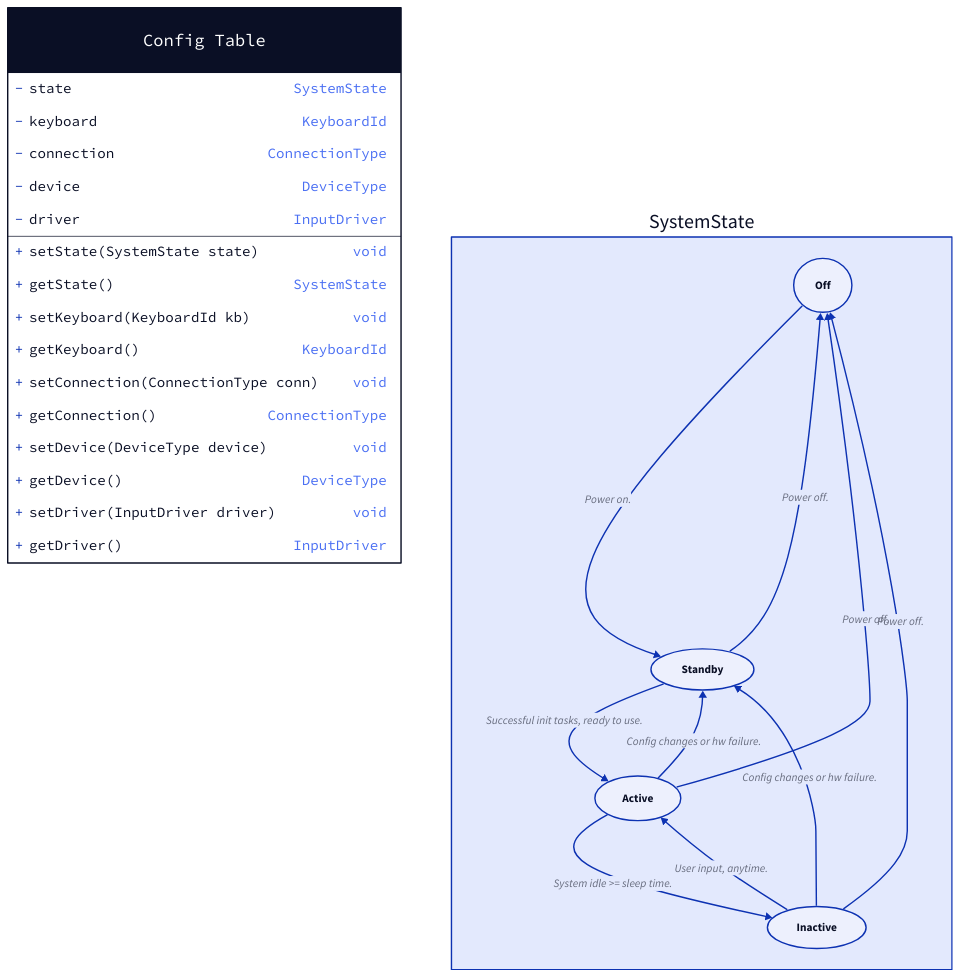
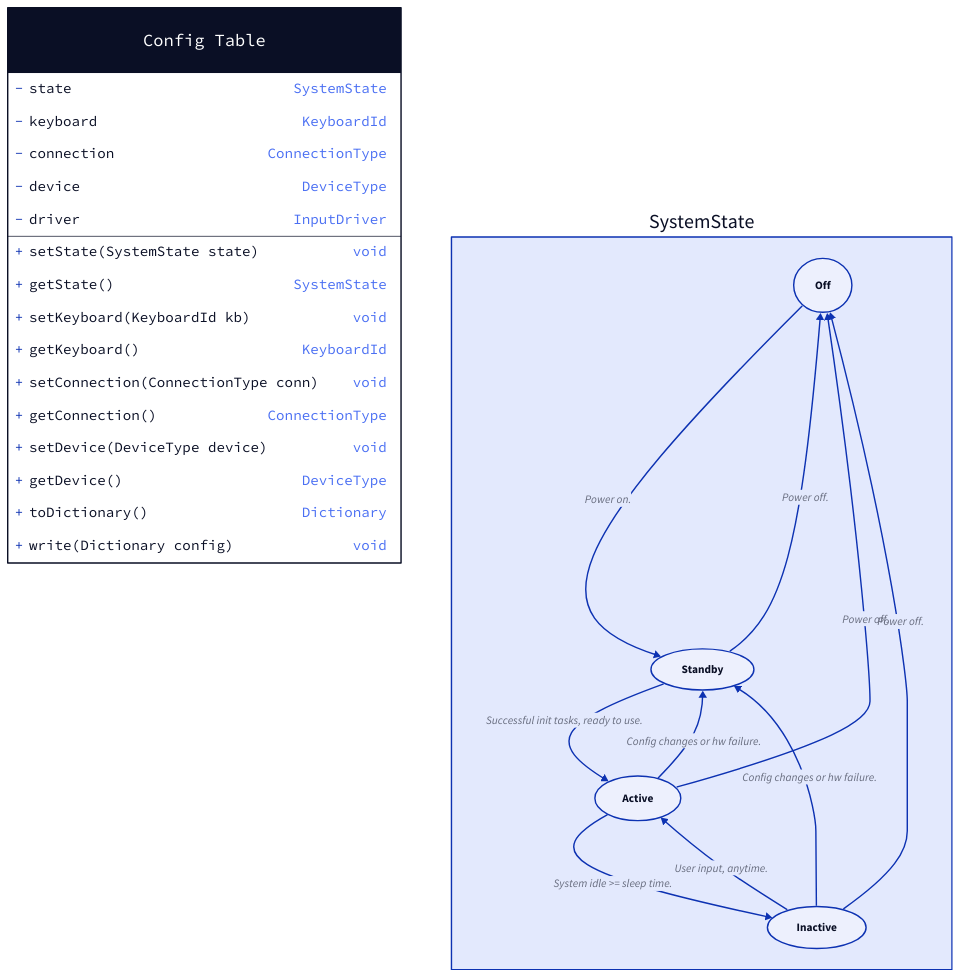
Before and after one commit to HelloWorldSeniorProject/AirKeys: the diagram in documentation/design/source/config_table.d2, drawn with D2. The commit also changed 19 other files, not shown here.

```diff
--- a/documentation/design/source/config_table.d2
+++ b/documentation/design/source/config_table.d2
@@ -1,49 +1,48 @@
 Config Table : {
     shape: class
 
     - state : "SystemState"
     - keyboard : "KeyboardId"
     - connection : "ConnectionType"
     - device : "DeviceType"
     - driver: "InputDriver"
 
     setState(SystemState state)
     getState() : "SystemState"
 
     setKeyboard(KeyboardId kb)
     getKeyboard() : "KeyboardId"
 
     setConnection(ConnectionType conn)
     getConnection() : "ConnectionType"
 
     setDevice(DeviceType device)
     getDevice() : "DeviceType"
 
-    setDriver(InputDriver driver)
-    getDriver() : "InputDriver"
-
+    toDictionary() : Dictionary
+    write(Dictionary config)
 }
 
 SystemState : {
 
     # State defs w/ shapes
     Off.shape : oval
     Standby.shape : oval
     Inactive.shape : oval
     Active.shape : oval
 
     Off -> Standby : Power on.
 
     Standby -> Off : Power off.
     Standby -> Active : Successful init tasks, ready to use.
 
 
     Inactive -> Off : Power off.
     Inactive -> Standby : Config changes or hw failure.
     Inactive -> Active : User input, anytime.
     
     Active -> Off : Power off.
     Active -> Standby : Config changes or hw failure.
     Active -> Inactive : System idle >= sleep time.
 
 }
```
